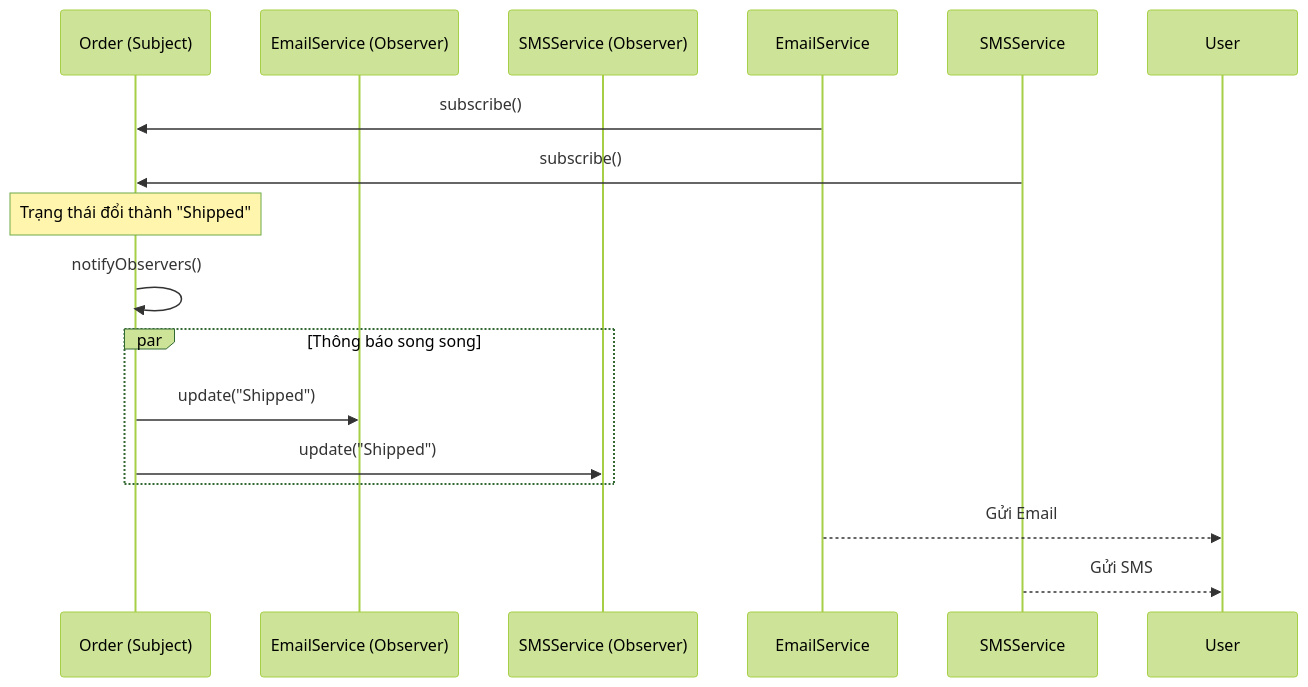
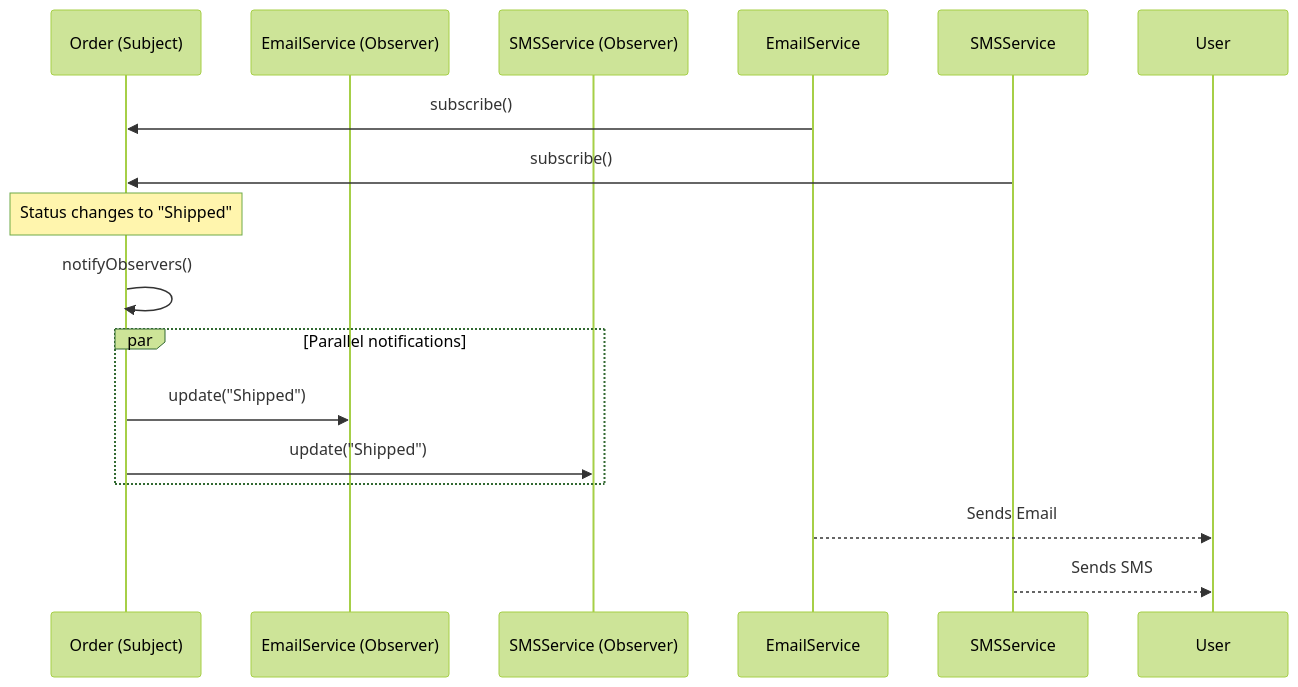
The diagram in src/data/blog/en/80-2026-07-09-design-pattern-07-behavioral-patterns-observer.md (ga2631/ga2631.github.io), drawn with Mermaid (forest theme) before and after one commit. The commit also changed other lines of this file and 74 other files, not shown here.

````diff
--- a/src/data/blog/en/80-2026-07-09-design-pattern-07-behavioral-patterns-observer.md
+++ b/src/data/blog/en/80-2026-07-09-design-pattern-07-behavioral-patterns-observer.md
@@ -31,20 +31,20 @@
 ```mermaid
 sequenceDiagram
     participant Order (Subject)
     participant EmailService (Observer)
     participant SMSService (Observer)
 
     EmailService->>Order (Subject): subscribe()
     SMSService->>Order (Subject): subscribe()
 
-    Note over Order (Subject): Trạng thái đổi thành "Shipped"
+    Note over Order (Subject): Status changes to "Shipped"
     Order (Subject)->>Order (Subject): notifyObservers()
 
-    par Thông báo song song
+    par Parallel notifications
         Order (Subject)->>EmailService (Observer): update("Shipped")
         Order (Subject)->>SMSService (Observer): update("Shipped")
     end
 
-    EmailService-->>User: Gửi Email
-    SMSService-->>User: Gửi SMS
+    EmailService-->>User: Sends Email
+    SMSService-->>User: Sends SMS
 ```
````
